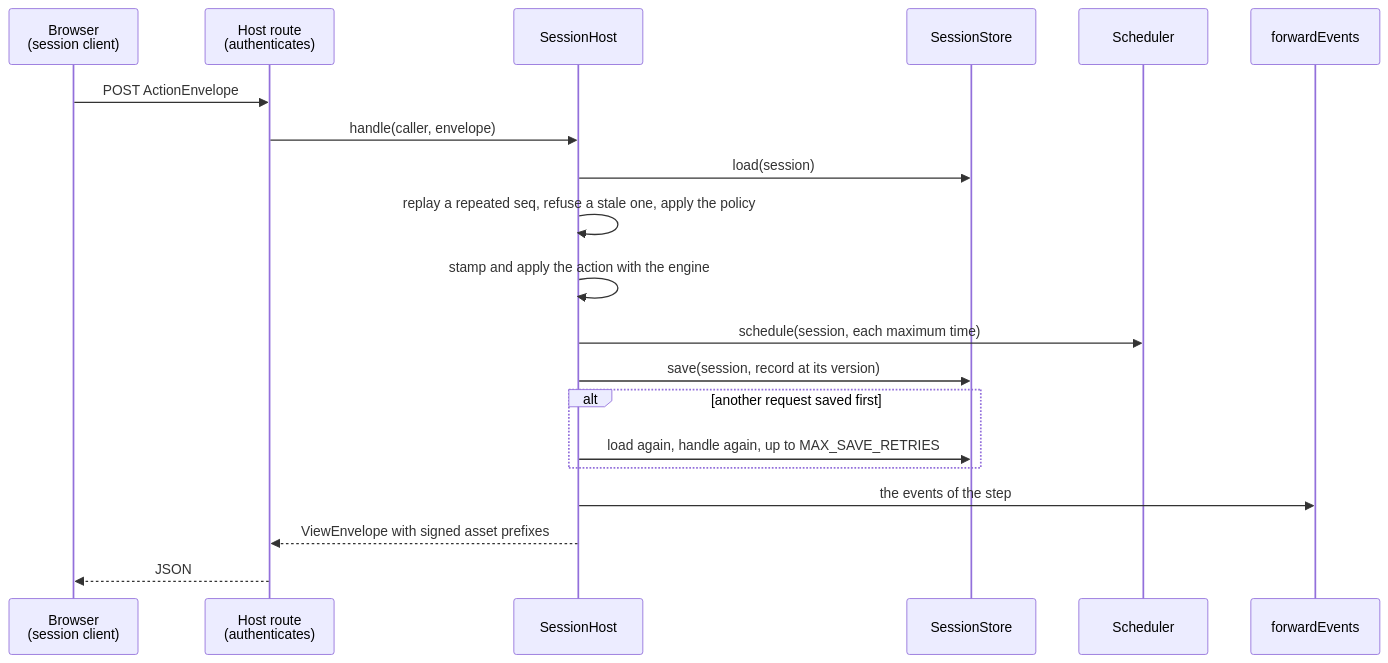
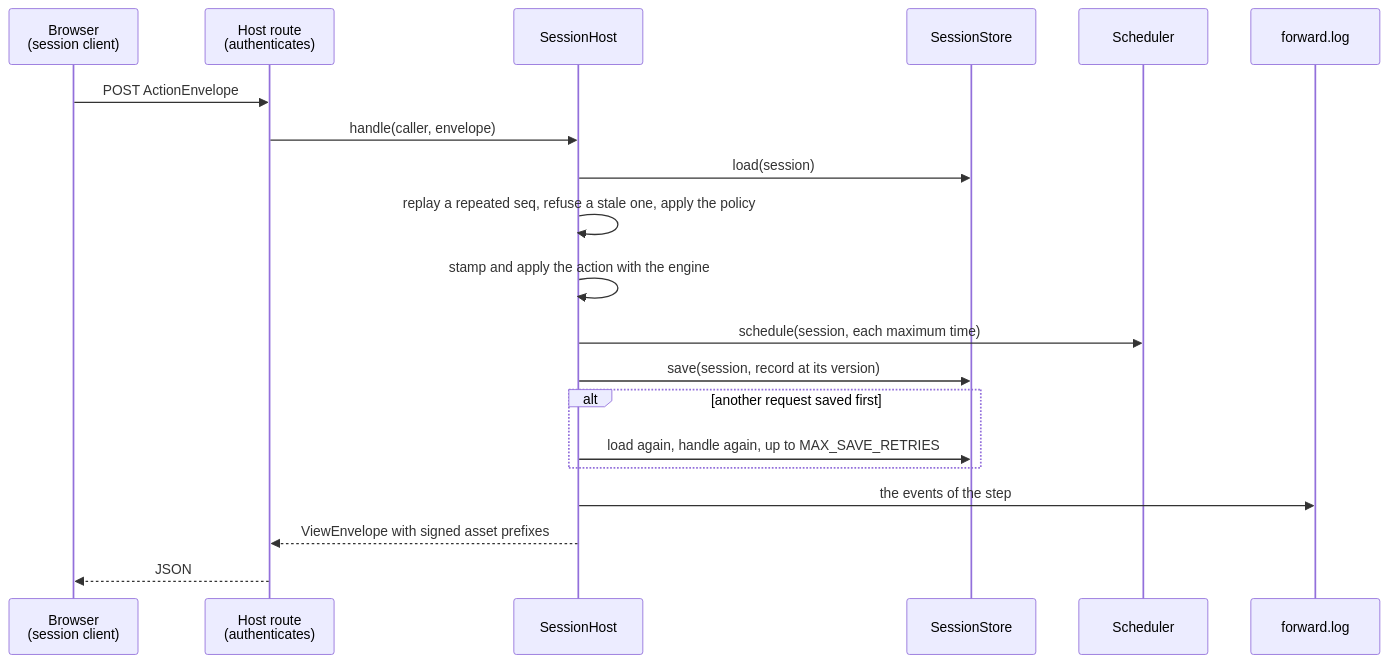
Before and after one commit to assesskit/assesskit: the first of 3 diagrams in docs/player/server.md, drawn with Mermaid. The commit also changed other lines of this file and 138 other files, not shown here.

````diff
--- a/docs/player/server.md
+++ b/docs/player/server.md
@@ -7,22 +7,22 @@
 ```mermaid
 sequenceDiagram
   participant B as Browser<br/>(session client)
   participant R as Host route<br/>(authenticates)
   participant H as SessionHost
   participant S as SessionStore
   participant Q as Scheduler
-  participant F as forwardEvents
+  participant F as forward.log
   B->>R: POST ActionEnvelope
   R->>H: handle(caller, envelope)
   H->>S: load(session)
   H->>H: replay a repeated seq, refuse a stale one, apply the policy
   H->>H: stamp and apply the action with the engine
   H->>Q: schedule(session, each maximum time)
   H->>S: save(session, record at its version)
   alt another request saved first
     H->>S: load again, handle again, up to MAX_SAVE_RETRIES
   end
   H->>F: the events of the step
   H-->>R: ViewEnvelope with signed asset prefixes
   R-->>B: JSON
 ```
````
